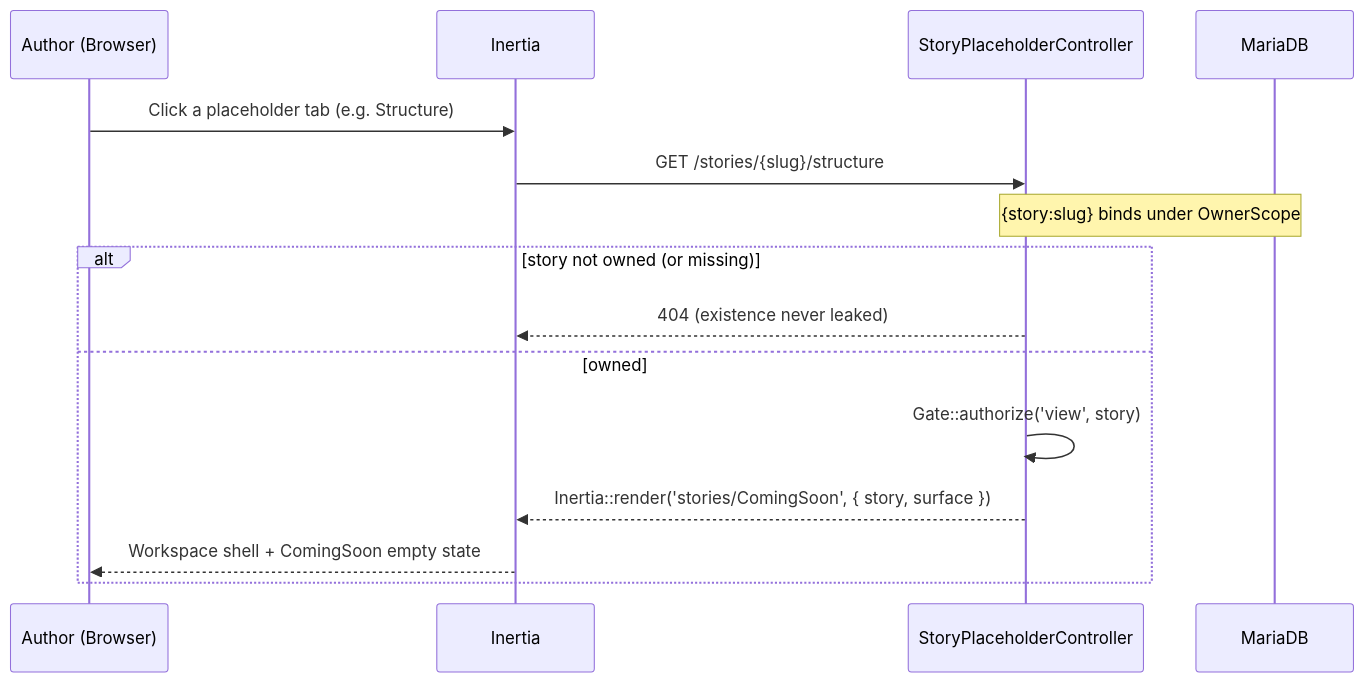
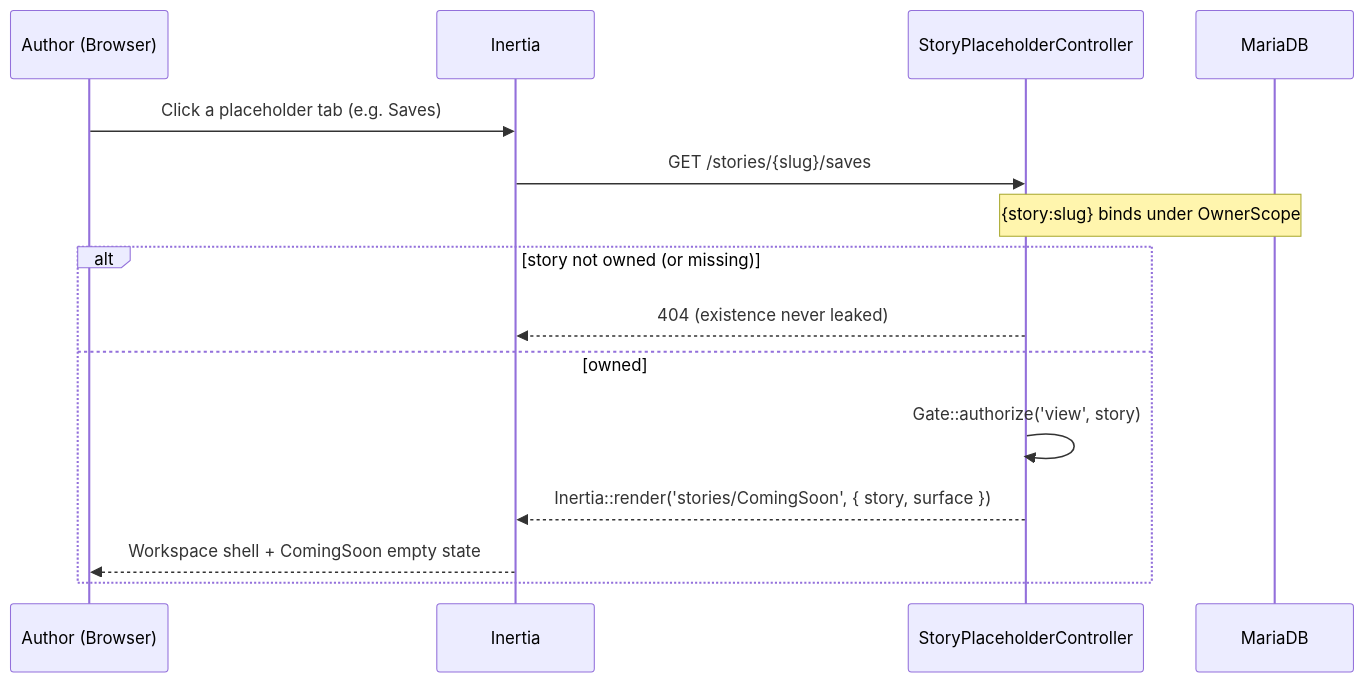
The second of 2 diagrams in docs/architecture/Diagrams/Authoring/Story_Workspace_Shell.md (ZulfikarHD/text-advanture-app), drawn with Mermaid before and after one commit. The commit also changed other lines of this file and 29 other files, not shown here.

````diff
--- a/docs/architecture/Diagrams/Authoring/Story_Workspace_Shell.md
+++ b/docs/architecture/Diagrams/Authoring/Story_Workspace_Shell.md
@@ -39,18 +40,18 @@
 ```mermaid
 sequenceDiagram
     participant U as Author (Browser)
     participant I as Inertia
     participant C as StoryPlaceholderController
     participant DB as MariaDB
 
-    U->>I: Click a placeholder tab (e.g. Structure)
-    I->>C: GET /stories/{slug}/structure
+    U->>I: Click a placeholder tab (e.g. Saves)
+    I->>C: GET /stories/{slug}/saves
     Note over C,DB: {story:slug} binds under OwnerScope
     alt story not owned (or missing)
         C-->>I: 404 (existence never leaked)
     else owned
         C->>C: Gate::authorize('view', story)
         C-->>I: Inertia::render('stories/ComingSoon', { story, surface })
         I-->>U: Workspace shell + ComingSoon empty state
     end
 ```
````
